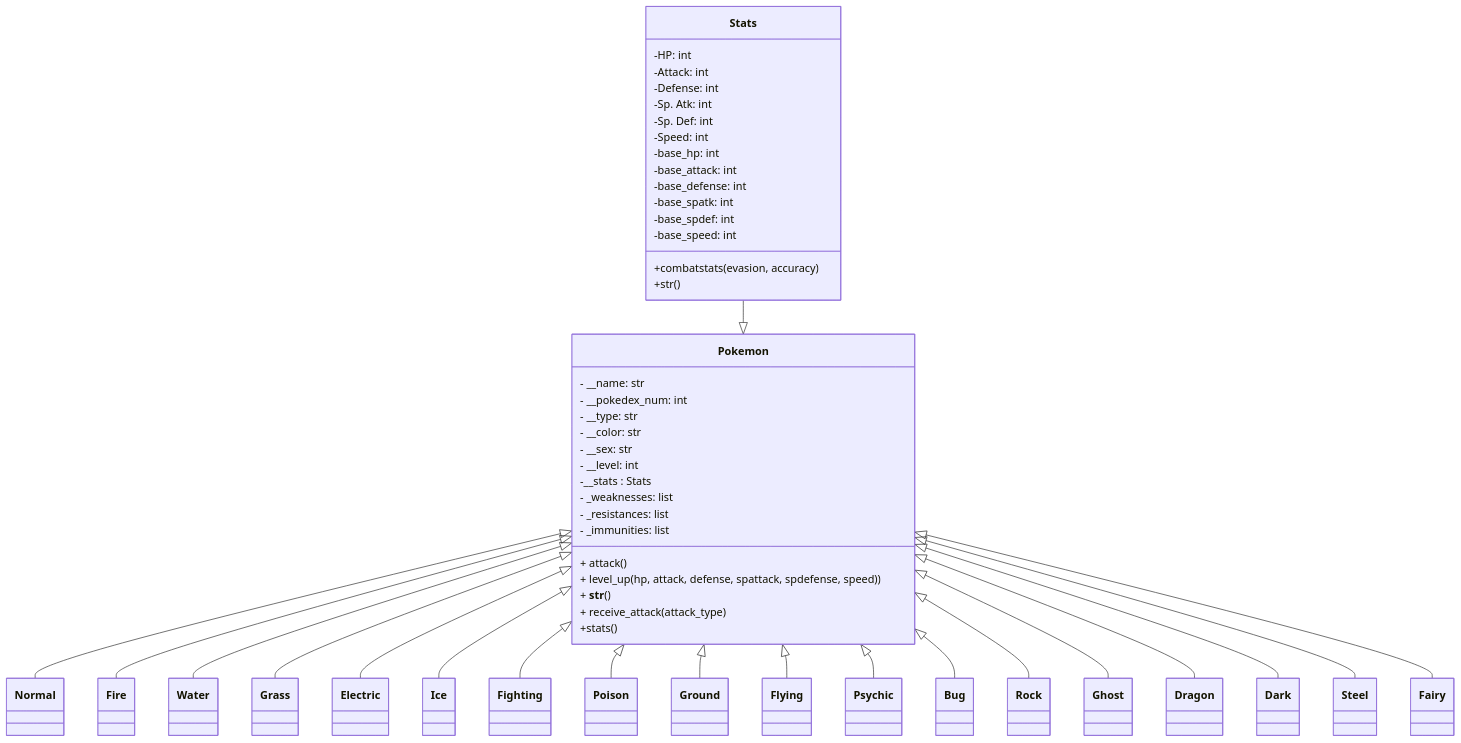
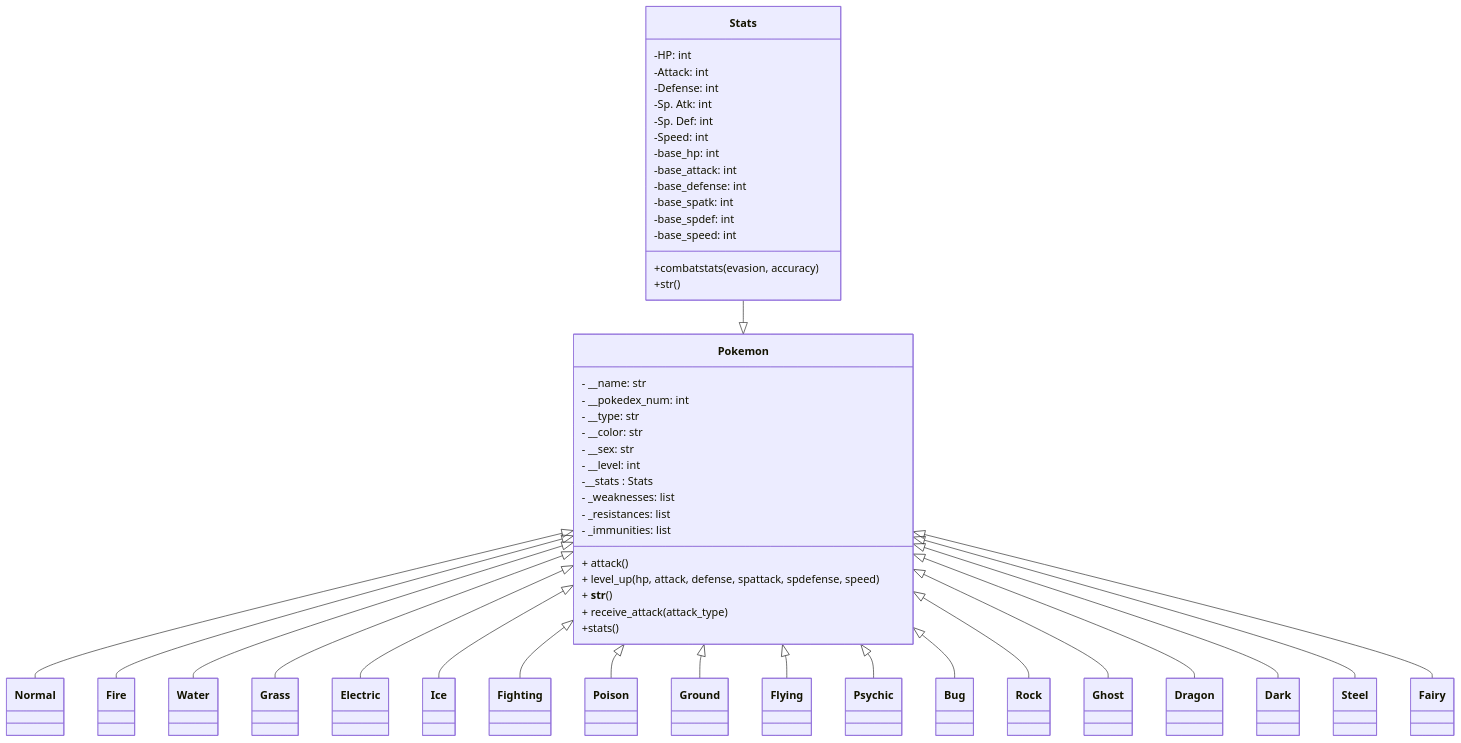
One commit to felipeg17/poke-repo changed the diagram in README.md. Above: the diagram before and after it, drawn with Mermaid. The commit also changed 4 other files, not shown here.

```diff
--- a/README.md
+++ b/README.md
@@ -78,7 +78,7 @@
 	    - _resistances: list
 	    - _immunities: list
 	    + attack()
-	    + level_up(hp, attack, defense, spattack, spdefense, speed))
+	    + level_up(hp, attack, defense, spattack, spdefense, speed)
 	    + __str__()
 	    + receive_attack(attack_type)
 	    +stats()
```
